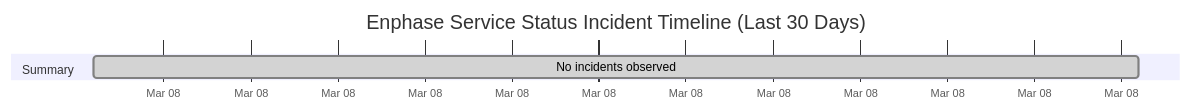
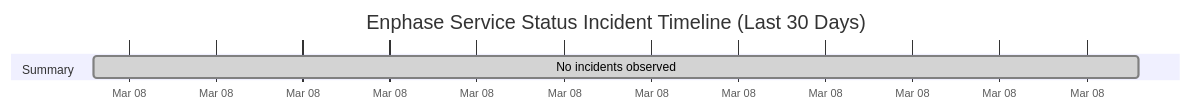
One commit to barneyonline/ha-enphase-ev-charger changed the diagram in wiki/Service-Status-History.md. Above: the diagram before and after it, drawn with Mermaid. The commit also changed other lines of this file and 3 other files, not shown here.

````diff
--- a/wiki/Service-Status-History.md
+++ b/wiki/Service-Status-History.md
@@ -14,8 +14,8 @@
 ```mermaid
 gantt
     title Enphase Service Status Incident Timeline (Last 30 Days)
     dateFormat  YYYY-MM-DDTHH:mm:ss
     axisFormat  %b %d
     section Summary
-    No incidents observed :done, 2026-03-08T22:14:26, 1m
+    No incidents observed :done, 2026-03-08T23:14:58, 1m
 ```
````
